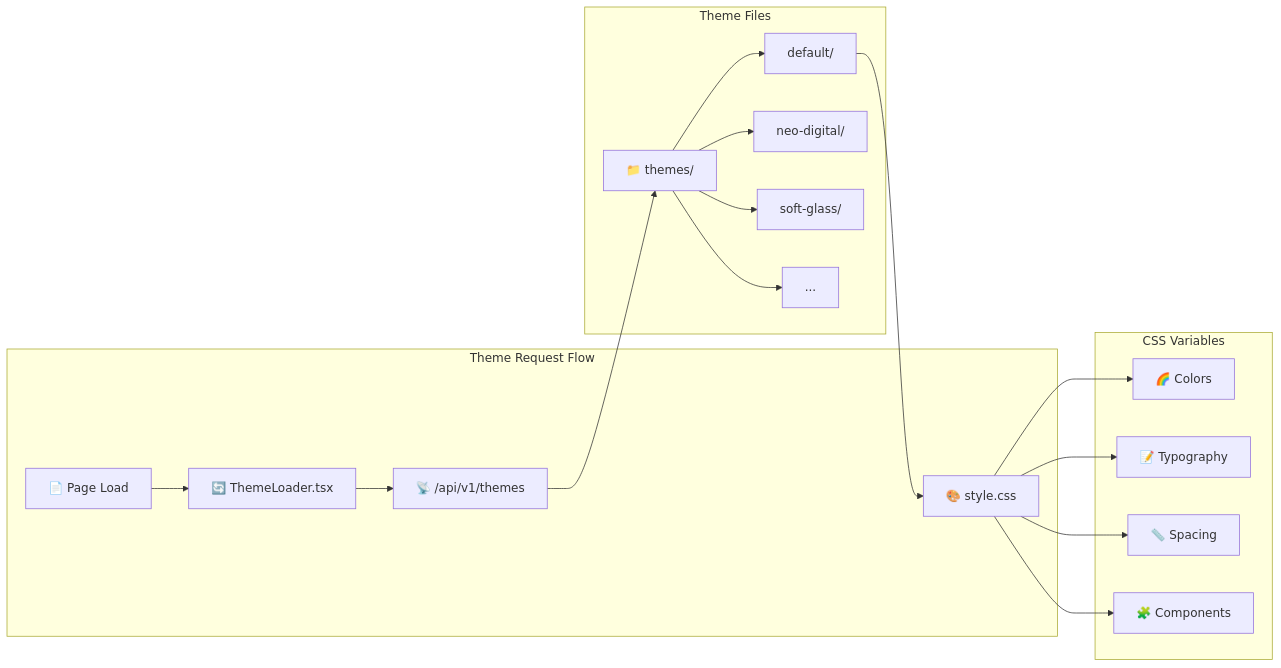
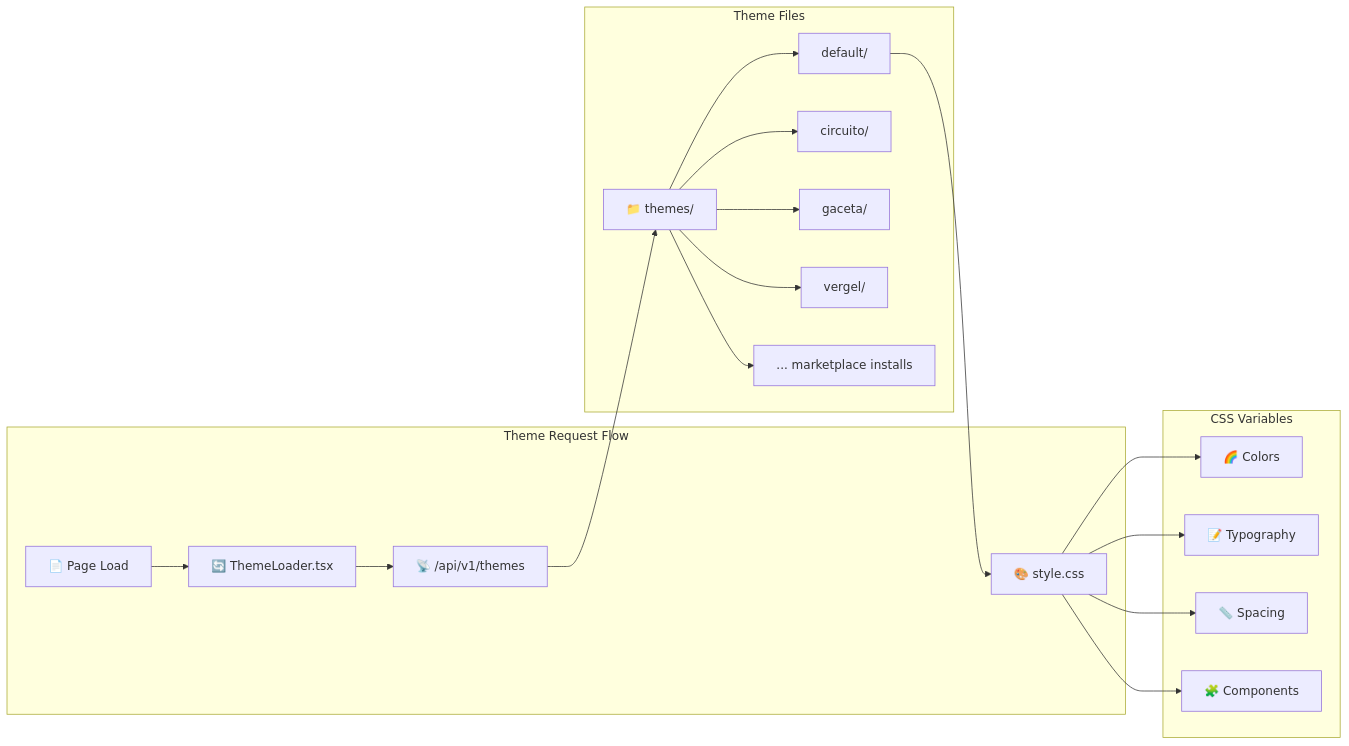
Before and after one commit to jaimemartinez/wordjs: the third of 11 diagrams in documentation/architecture.md, drawn with Mermaid. The commit also changed other lines of this file and 48 other files, not shown here.

````diff
--- a/documentation/architecture.md
+++ b/documentation/architecture.md
@@ -181,37 +185,39 @@
 ```mermaid
 graph LR
     subgraph "Theme Request Flow"
         Page[📄 Page Load]
         ThemeLoader[🔄 ThemeLoader.tsx]
         API[📡 /api/v1/themes]
         CSS[🎨 style.css]
     end
 
     subgraph "Theme Files"
         ThemeDir[📁 themes/]
         Theme1[default/]
-        Theme2[neo-digital/]
-        Theme3[soft-glass/]
-        ThemeN[...]
+        Theme2[circuito/]
+        Theme3[gaceta/]
+        Theme4[vergel/]
+        ThemeN[... marketplace installs]
     end
 
     subgraph "CSS Variables"
         Colors[🌈 Colors]
         Typography[📝 Typography]
         Spacing[📏 Spacing]
         Components[🧩 Components]
     end
 
     Page --> ThemeLoader
     ThemeLoader --> API
     API --> ThemeDir
     ThemeDir --> Theme1
     ThemeDir --> Theme2
     ThemeDir --> Theme3
+    ThemeDir --> Theme4
     ThemeDir --> ThemeN
     Theme1 --> CSS
     CSS --> Colors
     CSS --> Typography
     CSS --> Spacing
     CSS --> Components
 ```
````
